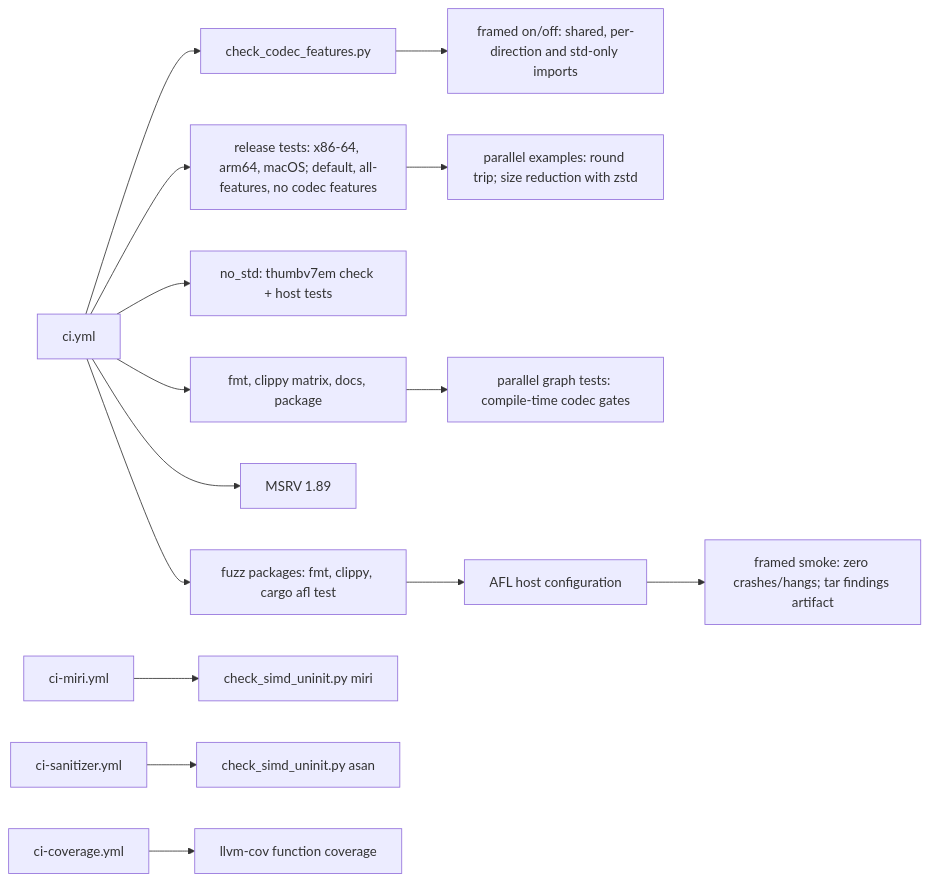
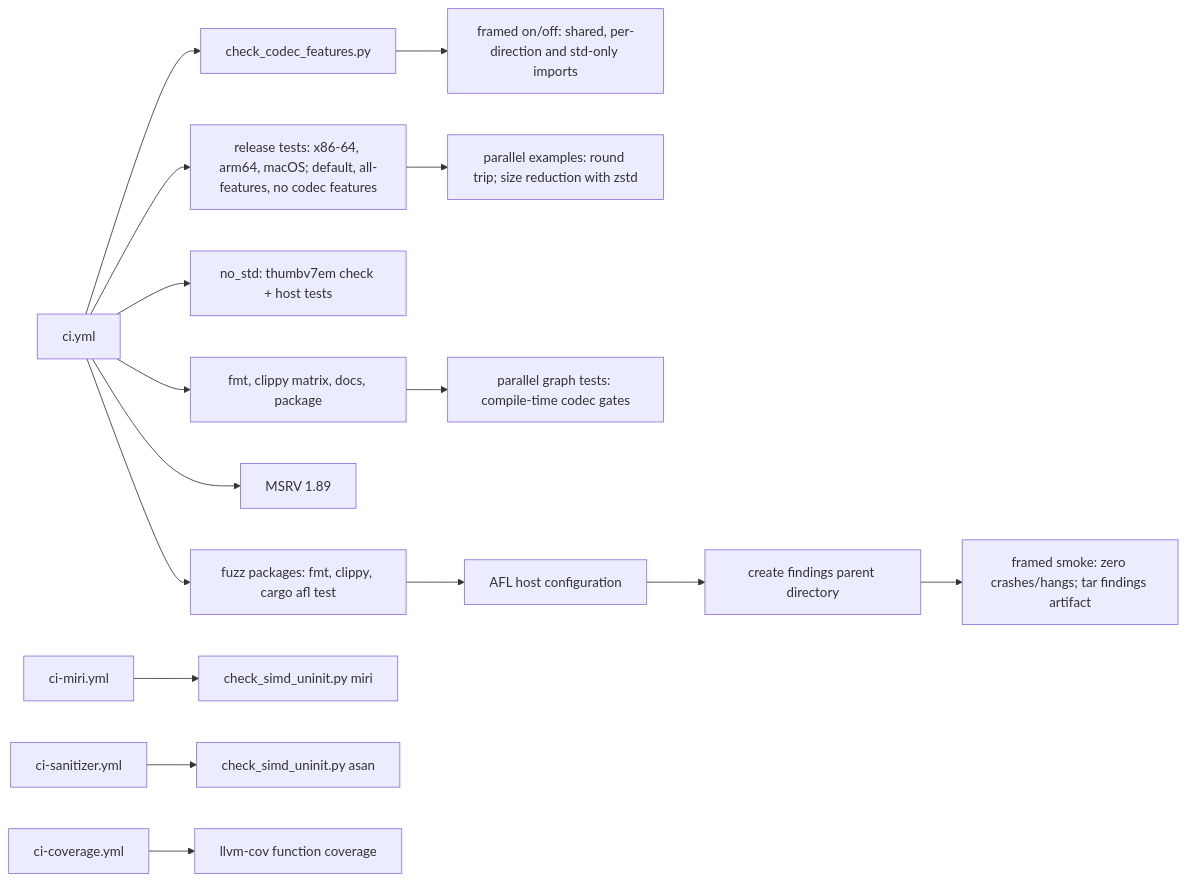
Before and after one commit to M-Compressors/mopenzl: the third of 4 diagrams in architecture/ci.md, drawn with Mermaid. The commit also changed other lines of this file and 2 other files, not shown here.

````diff
--- a/architecture/ci.md
+++ b/architecture/ci.md
@@ -110,17 +112,18 @@
 ```mermaid
 flowchart LR
     CI[ci.yml] --> L[fmt, clippy matrix, docs, package]
     CI --> F[check_codec_features.py]
     F --> FR["framed on/off: shared, per-direction and std-only imports"]
     CI --> NS[no_std: thumbv7em check + host tests]
     CI --> T["release tests: x86-64, arm64, macOS; default, all-features, no codec features"]
     T --> P["parallel examples: round trip; size reduction with zstd"]
     L --> G["parallel graph tests: compile-time codec gates"]
     CI --> MSRV[MSRV 1.89]
     CI --> FZ[fuzz packages: fmt, clippy, cargo afl test]
     FZ --> AFC["AFL host configuration"]
-    AFC --> AFS["framed smoke: zero crashes/hangs; tar findings artifact"]
+    AFC --> AFD["create findings parent directory"]
+    AFD --> AFS["framed smoke: zero crashes/hangs; tar findings artifact"]
     MI[ci-miri.yml] --> SU[check_simd_uninit.py miri]
     SA[ci-sanitizer.yml] --> SU2[check_simd_uninit.py asan]
     COV[ci-coverage.yml] --> LC[llvm-cov function coverage]
 ```
````
